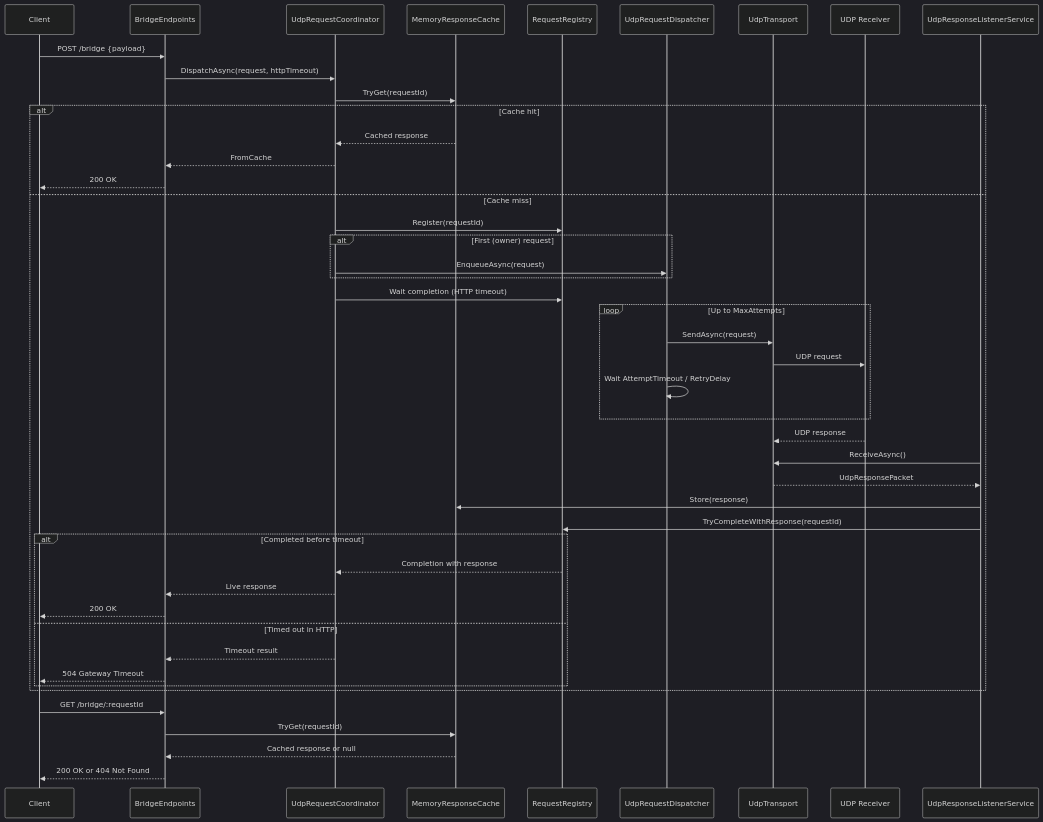
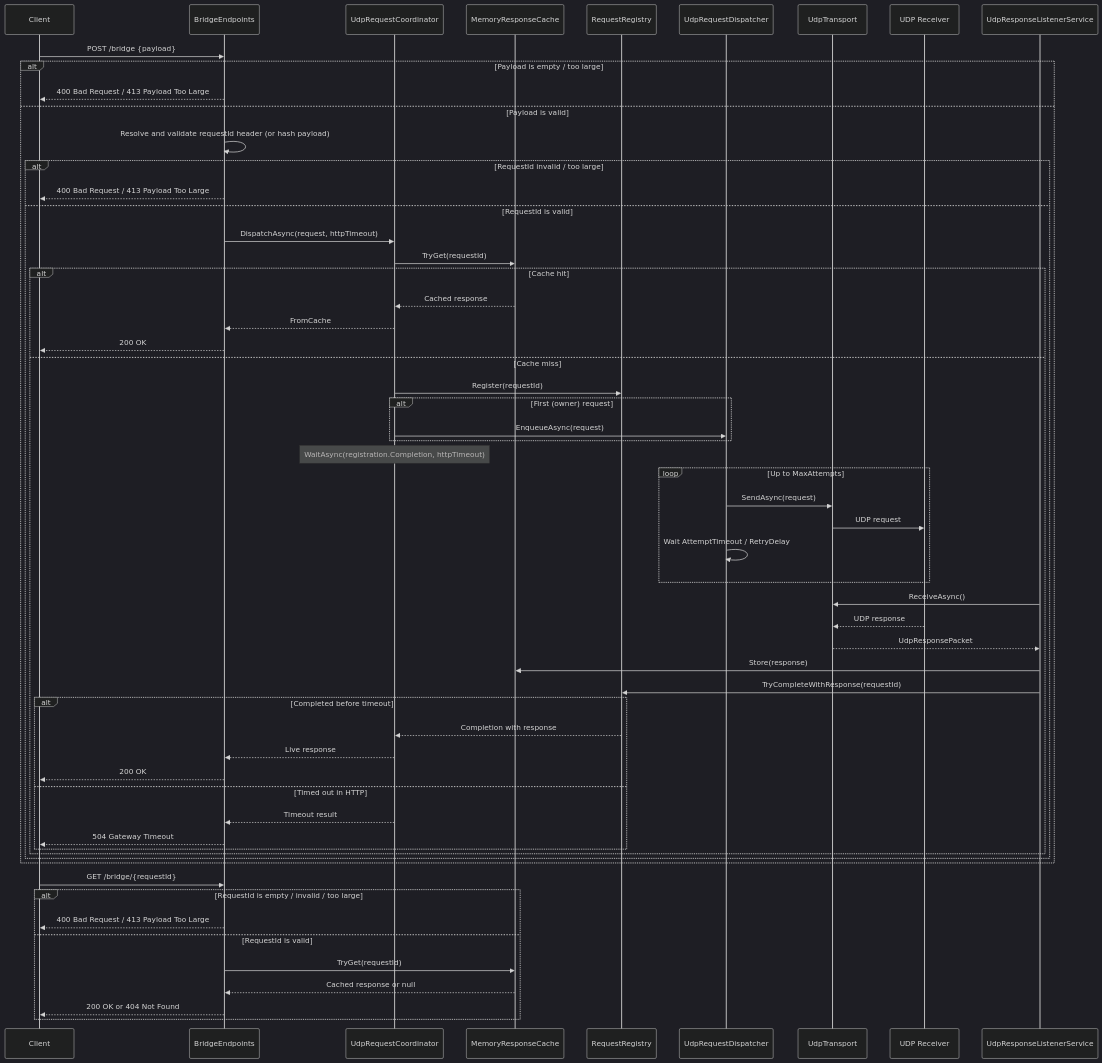
One commit to ntulenev/HttpUDPBridge changed the second of 2 diagrams in README.md. Above: the diagram before and after it, drawn with Mermaid (dark theme). The commit also changed 9 other files, not shown here.

````diff
--- a/README.md
+++ b/README.md
@@ -110,54 +110,67 @@
 ```mermaid
 sequenceDiagram
     participant C as Client
     participant E as BridgeEndpoints
     participant Co as UdpRequestCoordinator
     participant Ca as MemoryResponseCache
     participant R as RequestRegistry
     participant D as UdpRequestDispatcher
     participant T as UdpTransport
     participant U as UDP Receiver
     participant L as UdpResponseListenerService
 
     C->>E: POST /bridge {payload}
-    E->>Co: DispatchAsync(request, httpTimeout)
-    Co->>Ca: TryGet(requestId)
+    alt Payload is empty / too large
+        E-->>C: 400 Bad Request / 413 Payload Too Large
+    else Payload is valid
+        E->>E: Resolve and validate requestId header (or hash payload)
+        alt RequestId invalid / too large
+            E-->>C: 400 Bad Request / 413 Payload Too Large
+        else RequestId is valid
+            E->>Co: DispatchAsync(request, httpTimeout)
+            Co->>Ca: TryGet(requestId)
 
-    alt Cache hit
-        Ca-->>Co: Cached response
-        Co-->>E: FromCache
-        E-->>C: 200 OK
-    else Cache miss
-        Co->>R: Register(requestId)
-        alt First (owner) request
-            Co->>D: EnqueueAsync(request)
-        end
-        Co->>R: Wait completion (HTTP timeout)
+            alt Cache hit
+                Ca-->>Co: Cached response
+                Co-->>E: FromCache
+                E-->>C: 200 OK
+            else Cache miss
+                Co->>R: Register(requestId)
+                alt First (owner) request
+                    Co->>D: EnqueueAsync(request)
+                end
+                Note over Co: WaitAsync(registration.Completion, httpTimeout)
 
-        loop Up to MaxAttempts
-            D->>T: SendAsync(request)
-            T->>U: UDP request
-            D->>D: Wait AttemptTimeout / RetryDelay
-        end
+                loop Up to MaxAttempts
+                    D->>T: SendAsync(request)
+                    T->>U: UDP request
+                    D->>D: Wait AttemptTimeout / RetryDelay
+                end
 
-        U-->>T: UDP response
-        L->>T: ReceiveAsync()
-        T-->>L: UdpResponsePacket
-        L->>Ca: Store(response)
-        L->>R: TryCompleteWithResponse(requestId)
+                L->>T: ReceiveAsync()
+                U-->>T: UDP response
+                T-->>L: UdpResponsePacket
+                L->>Ca: Store(response)
+                L->>R: TryCompleteWithResponse(requestId)
 
-        alt Completed before timeout
-            R-->>Co: Completion with response
-            Co-->>E: Live response
-            E-->>C: 200 OK
-        else Timed out in HTTP
-            Co-->>E: Timeout result
-            E-->>C: 504 Gateway Timeout
+                alt Completed before timeout
+                    R-->>Co: Completion with response
+                    Co-->>E: Live response
+                    E-->>C: 200 OK
+                else Timed out in HTTP
+                    Co-->>E: Timeout result
+                    E-->>C: 504 Gateway Timeout
+                end
+            end
         end
     end
 
-    C->>E: GET /bridge/:requestId
-    E->>Ca: TryGet(requestId)
-    Ca-->>E: Cached response or null
-    E-->>C: 200 OK or 404 Not Found
+    C->>E: GET /bridge/{requestId}
+    alt RequestId is empty / invalid / too large
+        E-->>C: 400 Bad Request / 413 Payload Too Large
+    else RequestId is valid
+        E->>Ca: TryGet(requestId)
+        Ca-->>E: Cached response or null
+        E-->>C: 200 OK or 404 Not Found
+    end
 ```
````
